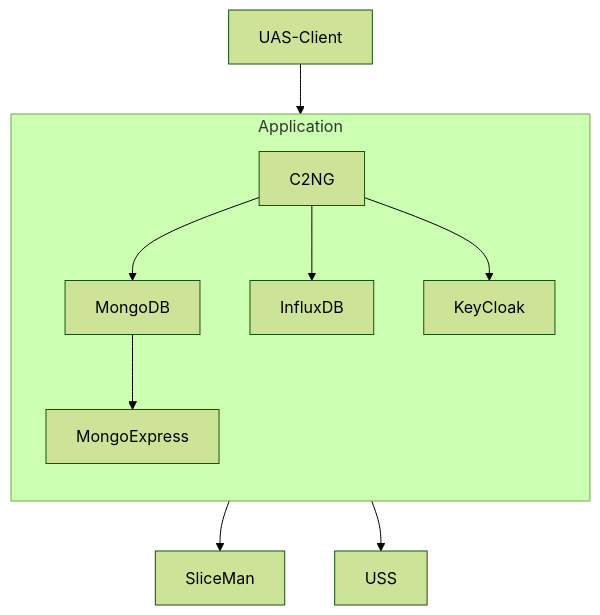
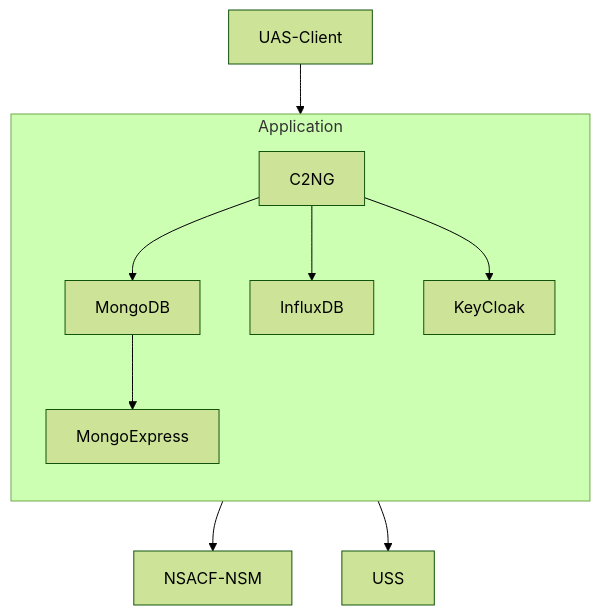
One commit to flyvercity/iot-ngin-c2ng changed the second of 8 diagrams in docs/GENERAL.md. Above: the diagram before and after it, drawn with Mermaid (forest theme). The commit also changed other lines of this file and 2 other files, not shown here.

````diff
--- a/docs/GENERAL.md
+++ b/docs/GENERAL.md
@@ -59,13 +61,13 @@
 ```mermaid
 flowchart
     UAS-Client --> Application
     subgraph Application
         direction TB
         C2NG --> MongoDB
         C2NG --> InfluxDB
         C2NG --> KeyCloak
         MongoDB --> MongoExpress
     end
-    Application --> SliceMan
+    Application --> NSACF-NSM
     Application --> USS
 ```
````
